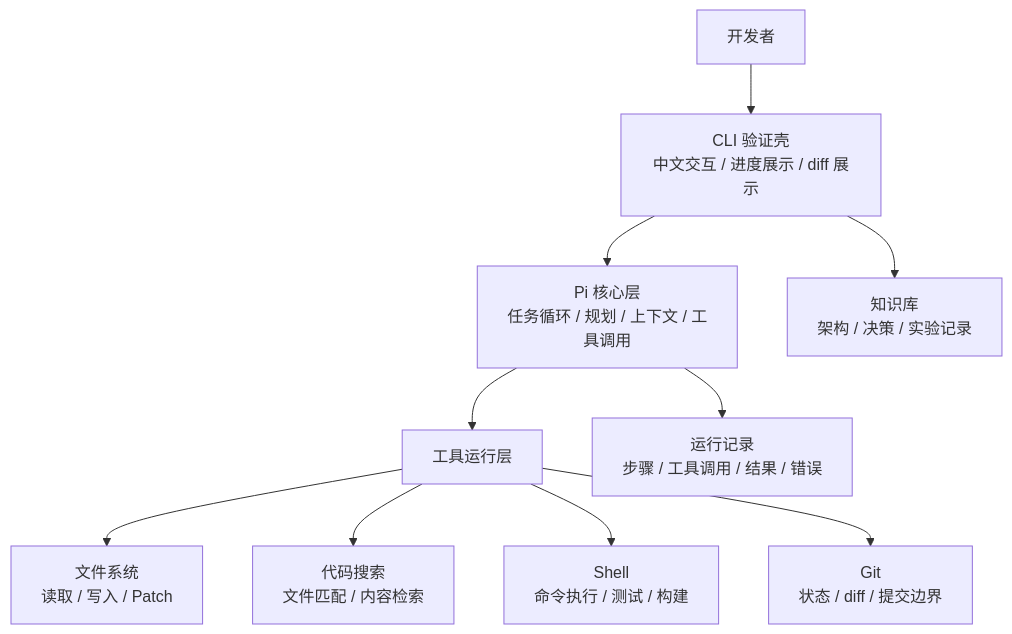
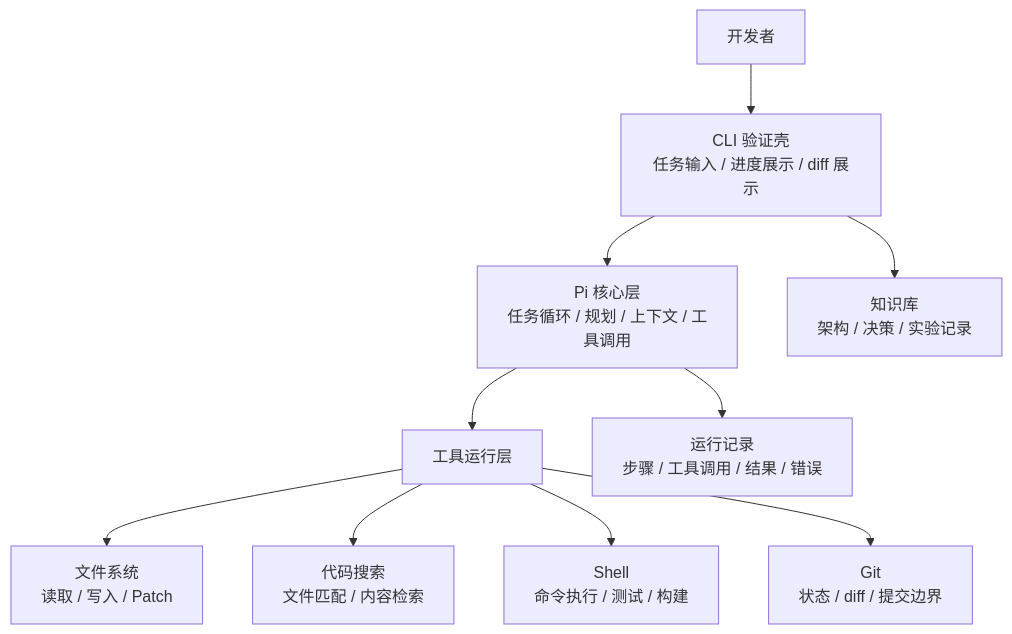
The first of 2 diagrams in wiki/architecture.md (CrazyMrYan/potato-agent), drawn with Mermaid before and after one commit. The commit also changed other lines of this file and 2 other files, not shown here.

````diff
--- a/wiki/architecture.md
+++ b/wiki/architecture.md
@@ -72,12 +55,12 @@
 ```mermaid
 flowchart TB
-    User["开发者"] --> CLI["CLI 验证壳<br/>中文交互 / 进度展示 / diff 展示"]
+    User["开发者"] --> CLI["CLI 验证壳<br/>任务输入 / 进度展示 / diff 展示"]
     CLI --> Pi["Pi 核心层<br/>任务循环 / 规划 / 上下文 / 工具调用"]
     Pi --> Tools["工具运行层"]
     Tools --> FS["文件系统<br/>读取 / 写入 / Patch"]
     Tools --> Search["代码搜索<br/>文件匹配 / 内容检索"]
     Tools --> Shell["Shell<br/>命令执行 / 测试 / 构建"]
     Tools --> Git["Git<br/>状态 / diff / 提交边界"]
     Pi --> Trace["运行记录<br/>步骤 / 工具调用 / 结果 / 错误"]
     CLI --> Wiki["知识库<br/>架构 / 决策 / 实验记录"]
 ```
````
